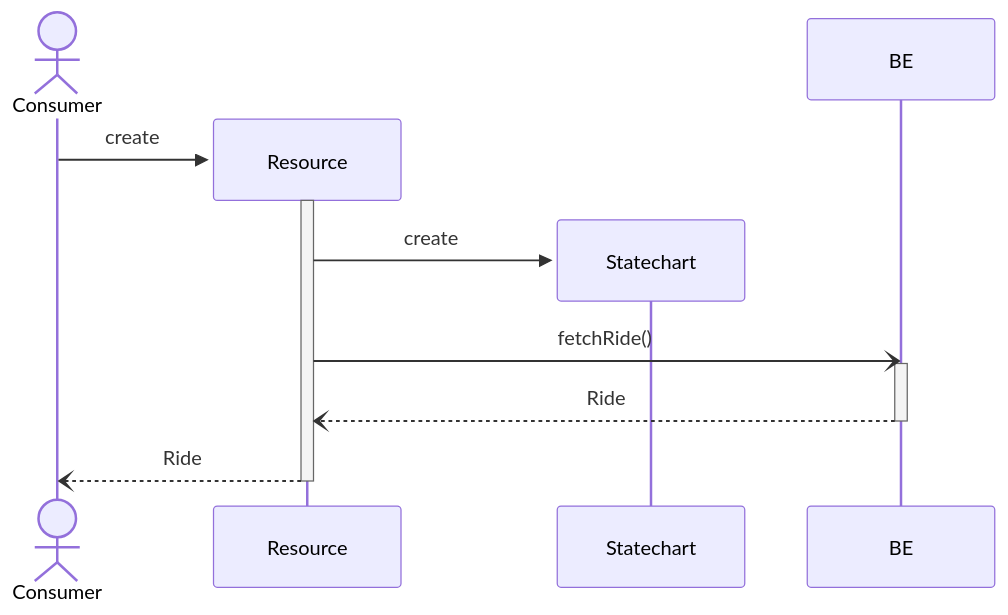
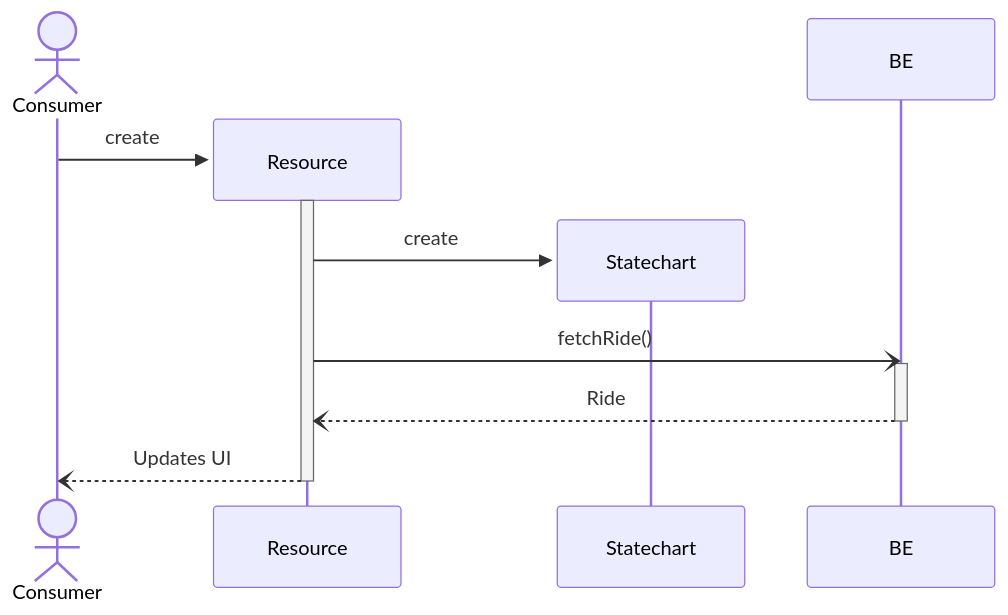
One commit to gossi/talk-scalable-frontend-architecture-that-meets-your-business changed the third of 5 diagrams in slides.md. Above: the diagram before and after it, drawn with Mermaid. The commit also changed other lines of this file and 5 other files, not shown here.

````diff
--- a/slides.md
+++ b/slides.md
@@ -618,20 +718,20 @@
 ```mermaid
 sequenceDiagram
     actor Consumer
     
     create participant Resource
     Consumer ->> Resource: create
     activate Resource
     
     create participant Statechart
     Resource ->> Statechart: create
     
     participant BE
     
     Resource -) BE: fetchRide()
     activate BE
     BE --) Resource: Ride
     deactivate BE
-    Resource --) Consumer: Ride
+    Resource --) Consumer: Updates UI
     deactivate Resource
 ```
````
